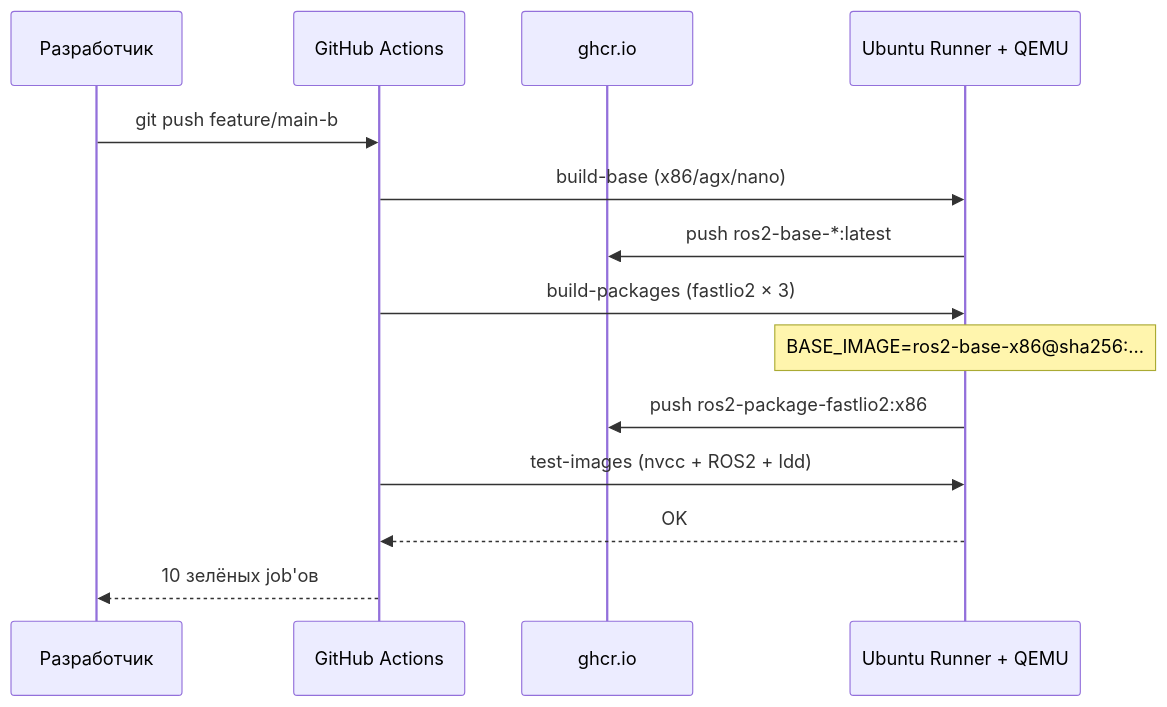
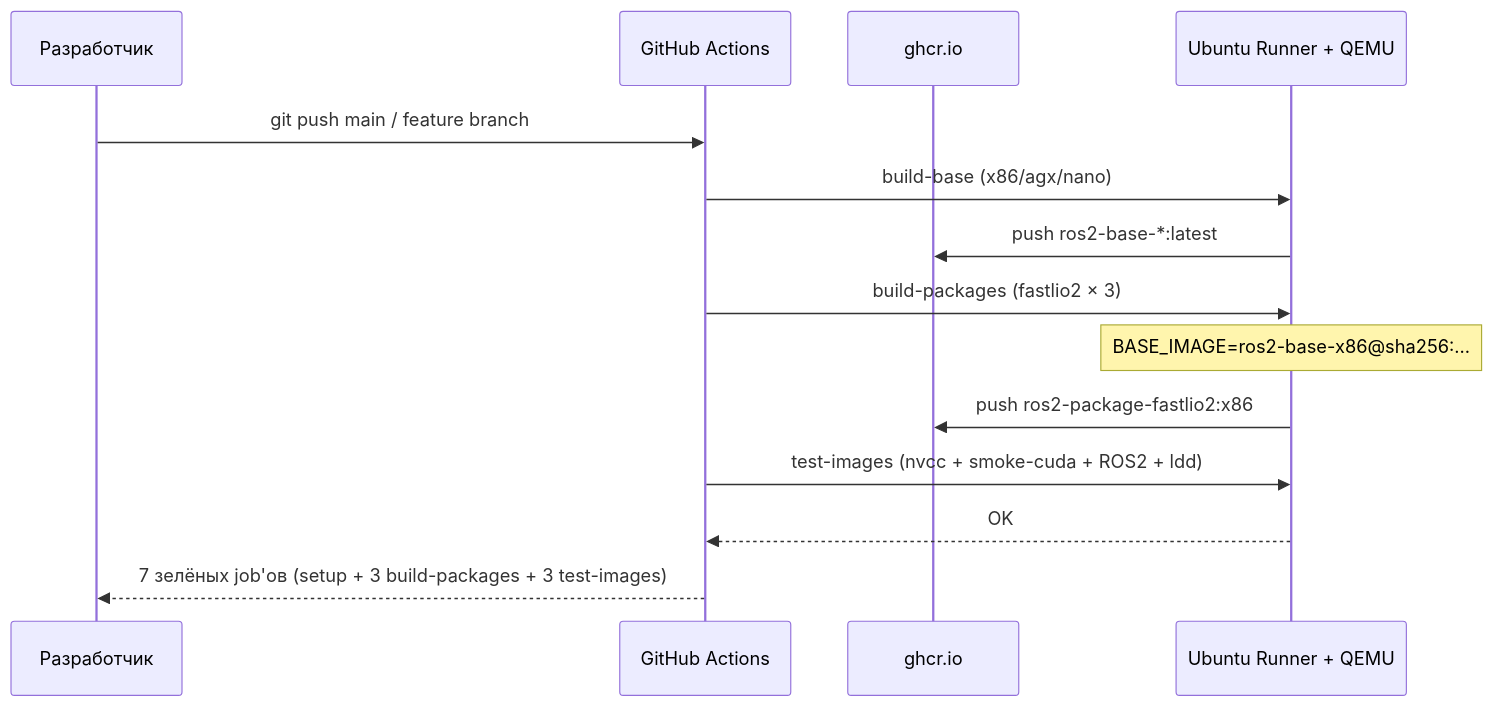
Before and after one commit to MindMaze74/ros2-cuda-crossbuild: the second of 2 diagrams in docs/architecture.md, drawn with Mermaid. The commit also changed other lines of this file and 4 other files, not shown here.

````diff
--- a/docs/architecture.md
+++ b/docs/architecture.md
@@ -38,18 +60,17 @@
 ```mermaid
 sequenceDiagram
     participant Dev as Разработчик
     participant GH as GitHub Actions
     participant Reg as ghcr.io
     participant Runner as Ubuntu Runner + QEMU
 
-    Dev->>GH: git push feature/main-b
+    Dev->>GH: git push main / feature branch
     GH->>Runner: build-base (x86/agx/nano)
     Runner->>Reg: push ros2-base-*:latest
     GH->>Runner: build-packages (fastlio2 × 3)
     Note over Runner: BASE_IMAGE=ros2-base-x86@sha256:...
     Runner->>Reg: push ros2-package-fastlio2:x86
-    GH->>Runner: test-images (nvcc + ROS2 + ldd)
+    GH->>Runner: test-images (nvcc + smoke-cuda + ROS2 + ldd)
     Runner-->>GH: OK
-    GH-->>Dev: 10 зелёных job'ов
-
+    GH-->>Dev: 7 зелёных job'ов (setup + 3 build-packages + 3 test-images)
 ```
````
